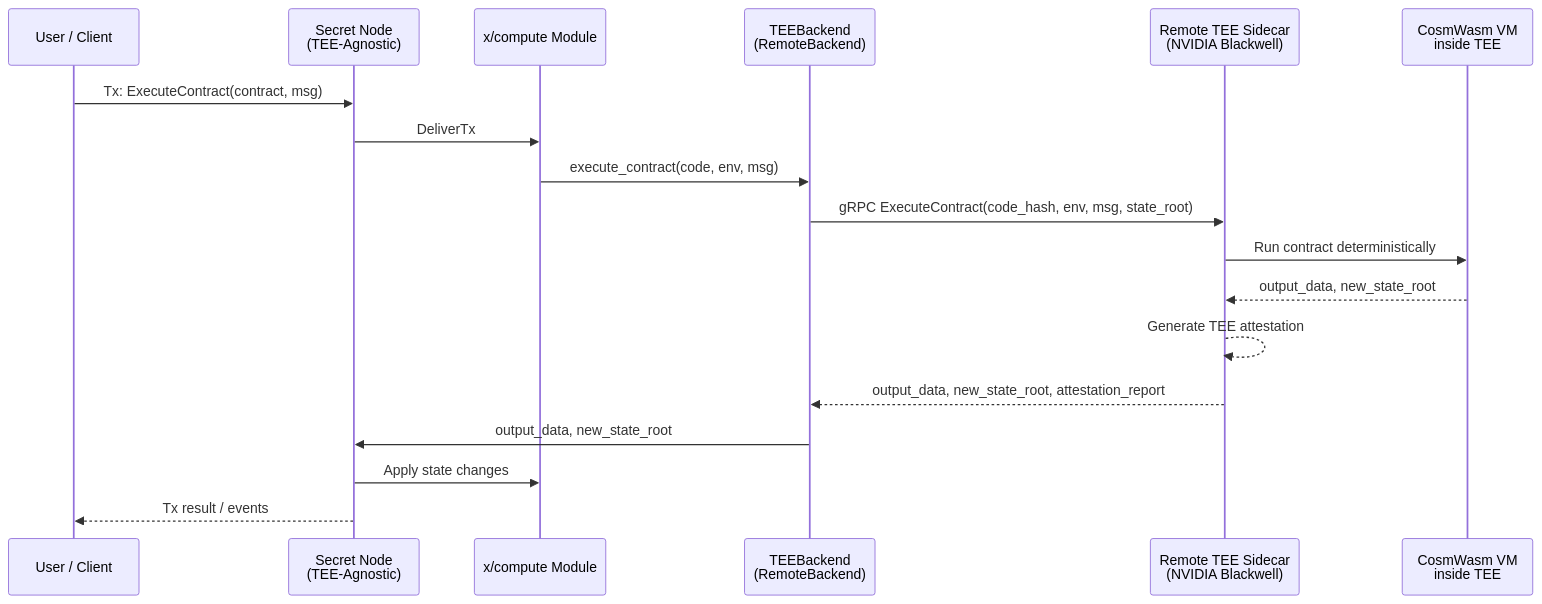
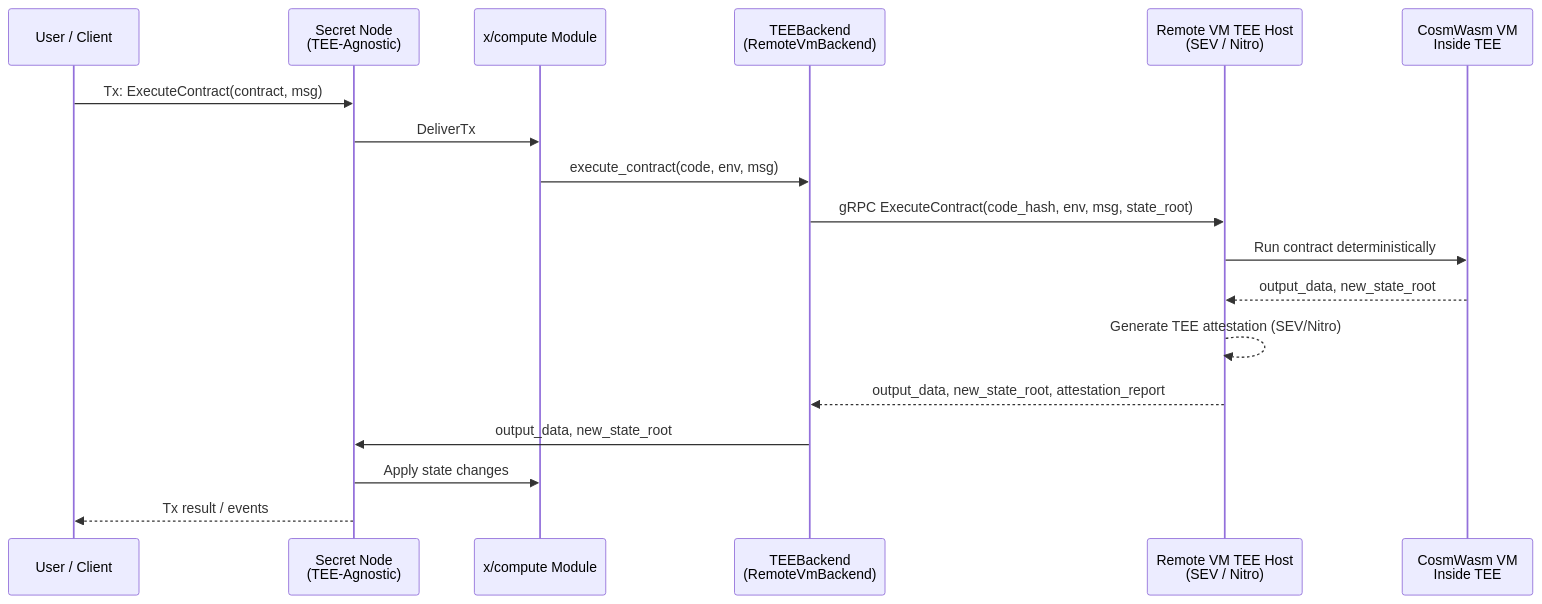
One commit to Shutaru/Secret-Node-TEE-Agnostic changed the first of 2 diagrams in ARCHITECTURE.md. Above: the diagram before and after it, drawn with Mermaid. The commit also changed other lines of this file, not shown here.

First line of the commit message:
Revise architecture document for TEE-agnostic design

````diff
--- a/ARCHITECTURE.md
+++ b/ARCHITECTURE.md
@@ -109,21 +117,21 @@
 ```mermaid
 sequenceDiagram
     participant User as User / Client
     participant Node as Secret Node<br/>(TEE-Agnostic)
     participant Compute as x/compute Module
-    participant Backend as TEEBackend<br/>(RemoteBackend)
-    participant Sidecar as Remote TEE Sidecar<br/>(NVIDIA Blackwell)
-    participant VM as CosmWasm VM<br/>inside TEE
+    participant Backend as TEEBackend<br/>(RemoteVmBackend)
+    participant Host as Remote VM TEE Host<br/>(SEV / Nitro)
+    participant VM as CosmWasm VM<br/>Inside TEE
 
     User->>Node: Tx: ExecuteContract(contract, msg)
     Node->>Compute: DeliverTx
     Compute->>Backend: execute_contract(code, env, msg)
-    Backend->>Sidecar: gRPC ExecuteContract(code_hash, env, msg, state_root)
-    Sidecar->>VM: Run contract deterministically
-    VM-->>Sidecar: output_data, new_state_root
-    Sidecar-->>Sidecar: Generate TEE attestation
-    Sidecar-->>Backend: output_data, new_state_root, attestation_report
+    Backend->>Host: gRPC ExecuteContract(code_hash, env, msg, state_root)
+    Host->>VM: Run contract deterministically
+    VM-->>Host: output_data, new_state_root
+    Host-->>Host: Generate TEE attestation (SEV/Nitro)
+    Host-->>Backend: output_data, new_state_root, attestation_report
     Backend->>Node: output_data, new_state_root
     Node->>Compute: Apply state changes
     Node-->>User: Tx result / events
 ```
````
